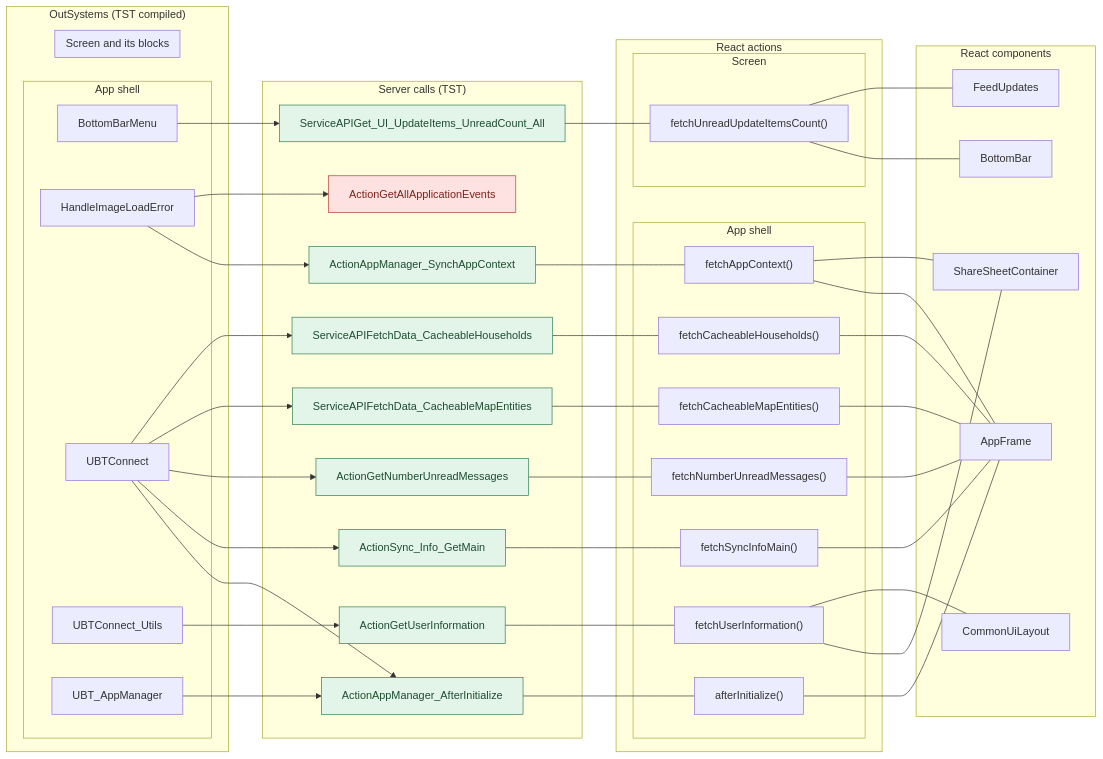
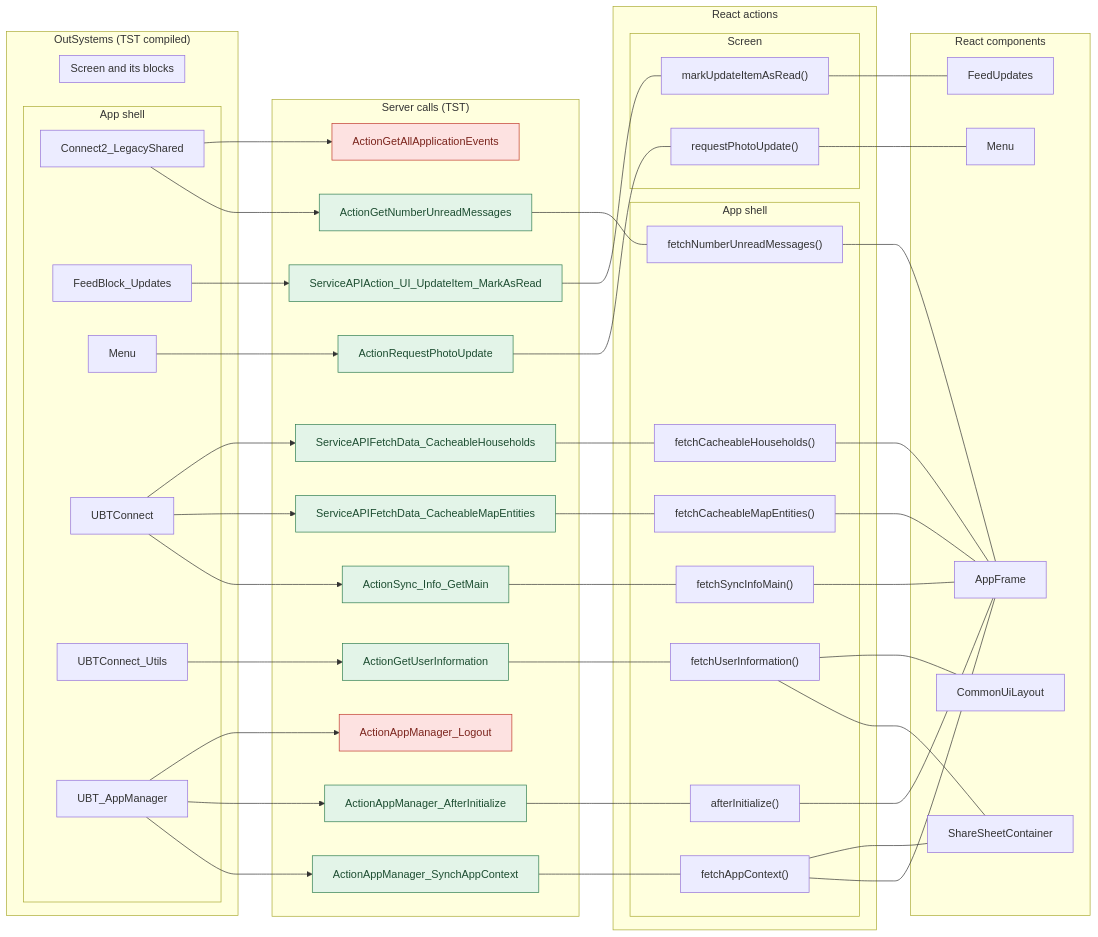
The first of 13 diagrams in migration/route-actions/APP_SHELL.md (Phoenix-DX/connect-new-ui), drawn with Mermaid before and after one commit. The commit also changed other lines of this file and 9 other files, not shown here.

Commit message:
route actions: facts only; user actions as two independent lists (OutSystems view bindings, React JSX bindings) with Mermaid sequences; factual call columns (direct caller, chains, React references); app shell by definition (survey shell, main.tsx code); constants read for React paths

````diff
--- a/migration/route-actions/APP_SHELL.md
+++ b/migration/route-actions/APP_SHELL.md
@@ -18,78 +19,84 @@
 flowchart LR
   subgraph OS["OutSystems (TST compiled)"]
     subgraph OS_shell["App shell"]
-      o0["BottomBarMenu"]
-      o1["HandleImageLoadError"]
-      o2["UBTConnect"]
-      o3["UBTConnect_Utils"]
-      o4["UBT_AppManager"]
+      o0["Connect2_LegacyShared"]
+      o1["FeedBlock_Updates"]
+      o2["Menu"]
+      o3["UBTConnect"]
+      o4["UBTConnect_Utils"]
+      o5["UBT_AppManager"]
     end
     subgraph OS_screen["Screen and its blocks"]
     end
   end
   subgraph EP["Server calls (TST)"]
-    e5["ActionAppManager_SynchAppContext"]
-    e6["ActionAppManager_AfterInitialize"]
-    e7["ActionSync_Info_GetMain"]
-    e8["ActionGetUserInformation"]
-    e9["ActionGetNumberUnreadMessages"]
-    e10["ServiceAPIFetchData_CacheableMapEntities"]
-    e11["ServiceAPIFetchData_CacheableHouseholds"]
-    e12["ServiceAPIGet_UI_UpdateItems_UnreadCount_All"]
-    e13["ActionGetAllApplicationEvents"]
+    e6["ActionAppManager_SynchAppContext"]
+    e7["ActionAppManager_AfterInitialize"]
+    e8["ActionSync_Info_GetMain"]
+    e9["ActionGetUserInformation"]
+    e10["ActionGetNumberUnreadMessages"]
+    e11["ServiceAPIFetchData_CacheableMapEntities"]
+    e12["ServiceAPIFetchData_CacheableHouseholds"]
+    e13["ServiceAPIAction_UI_UpdateItem_MarkAsRead"]
+    e14["ActionGetAllApplicationEvents"]
+    e15["ActionRequestPhotoUpdate"]
+    e16["ActionAppManager_Logout"]
   end
   subgraph RE["React actions"]
     subgraph RE_shell["App shell"]
-      r14["afterInitialize()"]
-      r15["fetchAppContext()"]
-      r16["fetchCacheableHouseholds()"]
-      r17["fetchCacheableMapEntities()"]
-      r18["fetchNumberUnreadMessages()"]
-      r19["fetchSyncInfoMain()"]
-      r20["fetchUserInformation()"]
+      r17["afterInitialize()"]
+      r18["fetchAppContext()"]
+      r19["fetchCacheableHouseholds()"]
+      r20["fetchCacheableMapEntities()"]
+      r21["fetchNumberUnreadMessages()"]
+      r22["fetchSyncInfoMain()"]
+      r23["fetchUserInformation()"]
     end
     subgraph RE_page["Screen"]
-      r21["fetchUnreadUpdateItemsCount()"]
+      r24["markUpdateItemAsRead()"]
+      r25["requestPhotoUpdate()"]
     end
   end
   subgraph RC["React components"]
-    c22["AppFrame"]
-    c23["BottomBar"]
-    c24["CommonUiLayout"]
-    c25["FeedUpdates"]
-    c26["ShareSheetContainer"]
+    c26["AppFrame"]
+    c27["CommonUiLayout"]
+    c28["FeedUpdates"]
+    c29["Menu"]
+    c30["ShareSheetContainer"]
   end
-  r14 --- c22
-  r15 --- c22
-  r16 --- c22
-  r17 --- c22
-  r18 --- c22
-  r19 --- c22
-  r15 --- c26
+  r17 --- c26
+  r18 --- c26
+  r19 --- c26
   r20 --- c26
-  r20 --- c24
-  r21 --- c23
-  r21 --- c25
-  o1 --> e5
+  r21 --- c26
+  r22 --- c26
+  r18 --- c30
+  r23 --- c30
+  r23 --- c27
+  r24 --- c28
+  r25 --- c29
+  o5 --> e6
+  o5 --> e7
+  o5 --> e16
+  o3 --> e8
+  o3 --> e11
+  o3 --> e12
+  o4 --> e9
+  o0 --> e10
+  o0 --> e14
   o1 --> e13
-  o2 --> e6
-  o2 --> e7
-  o2 --> e9
-  o2 --> e10
-  o2 --> e11
-  o4 --> e6
-  o3 --> e8
-  o0 --> e12
-  e5 --- r15
-  e6 --- r14
-  e7 --- r19
-  e8 --- r20
-  e9 --- r18
-  e10 --- r17
-  e11 --- r16
-  e12 --- r21
+  o2 --> e15
+  e6 --- r18
+  e7 --- r17
+  e8 --- r22
+  e9 --- r23
+  e10 --- r21
+  e11 --- r20
+  e12 --- r19
+  e13 --- r24
+  e15 --- r25
   classDef missing fill:#fde2e1,stroke:#c0392b,color:#7b241c
   classDef ok fill:#e3f4e8,stroke:#2e7d4f,color:#1d4d31
-  class e13 missing
-  class e5,e6,e7,e8,e9,e10,e11,e12 ok
+  class e14,e16 missing
+  class e6,e7,e8,e9,e10,e11,e12,e13,e15 ok
 ```
````
